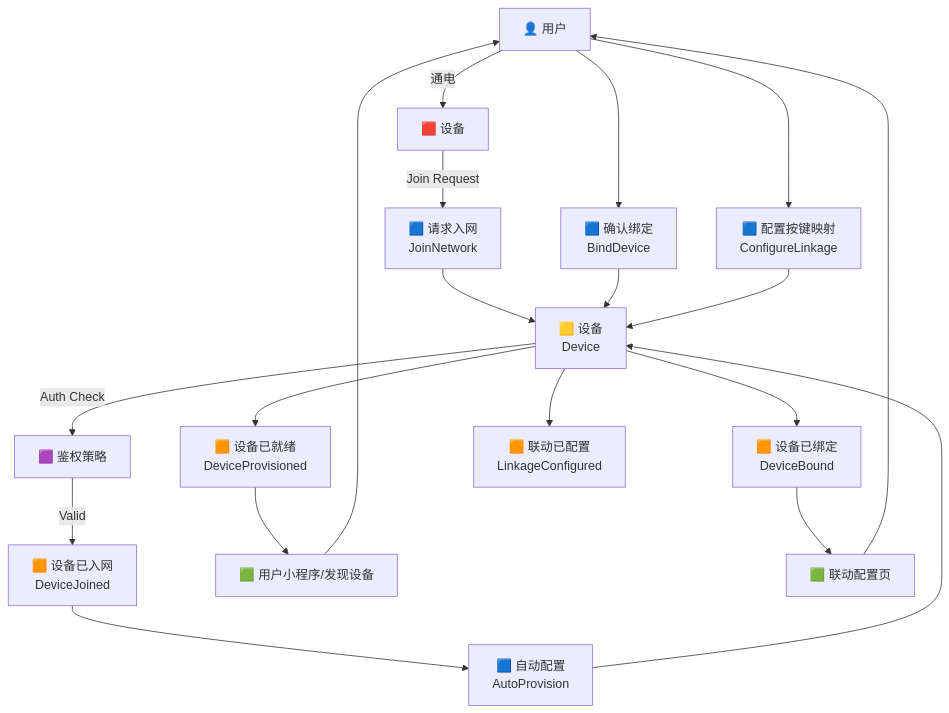
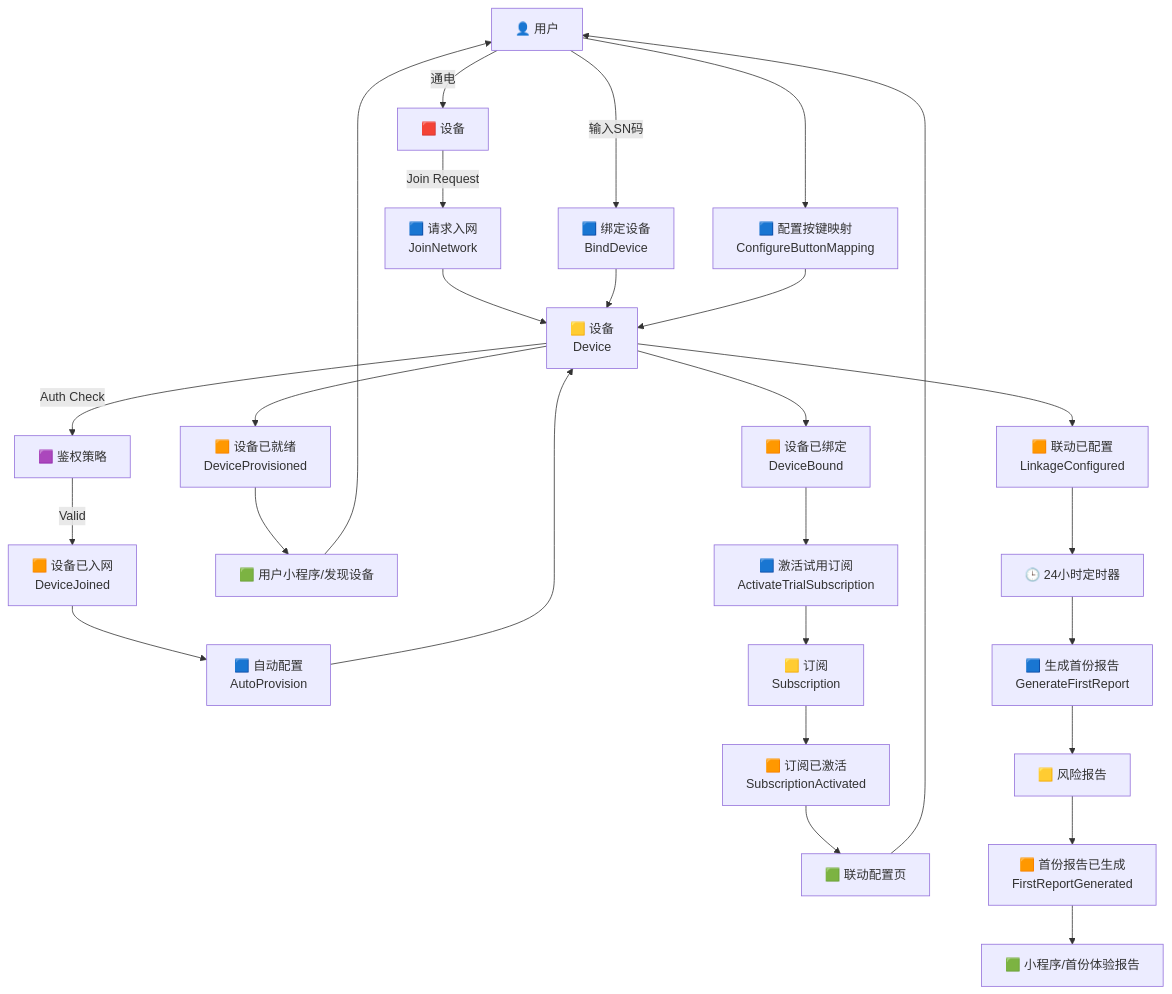
The fifth of 6 diagrams in .trae/MVP/防霉管控MVP/D3/DDD-TAC-SmartMoldGuard-20251209-v2.0-01-ESP.md (aime4eve/lite-webviewer), drawn with Mermaid before and after one commit. The commit also changed other lines of this file and 43 other files, not shown here.

````diff
--- a/.trae/MVP/防霉管控MVP/D3/DDD-TAC-SmartMoldGuard-20251209-v2.0-01-ESP.md
+++ b/.trae/MVP/防霉管控MVP/D3/DDD-TAC-SmartMoldGuard-20251209-v2.0-01-ESP.md
@@ -209,31 +209,42 @@
 ```mermaid
 graph TD
     %% Trigger
     Actor_User["👤 用户"] -->|通电| Ext_Device["🟥 设备"]
     Ext_Device -->|Join Request| Cmd_Join["🟦 请求入网<br>JoinNetwork"]
     
     %% IoT Platform
     Cmd_Join --> Agg_Device["🟨 设备<br>Device"]
     Agg_Device -->|Auth Check| Pol_Auth["🟪 鉴权策略"]
     Pol_Auth -->|Valid| Evt_Joined["🟧 设备已入网<br>DeviceJoined"]
     
     %% Provisioning
     Evt_Joined --> Cmd_Prov["🟦 自动配置<br>AutoProvision"]
     Cmd_Prov --> Agg_Device
     Agg_Device --> Evt_Ready["🟧 设备已就绪<br>DeviceProvisioned"]
     
-    %% Notification
+    %% Binding & Subscription
     Evt_Ready --> View_App["🟩 用户小程序/发现设备"]
     View_App --> Actor_User
-    Actor_User --> Cmd_Bind["🟦 确认绑定<br>BindDevice"]
+    Actor_User -->|输入SN码| Cmd_Bind["🟦 绑定设备<br>BindDevice"]
     Cmd_Bind --> Agg_Device
     Agg_Device --> Evt_Bound["🟧 设备已绑定<br>DeviceBound"]
+
+    Evt_Bound --> Cmd_ActivateSub["🟦 激活试用订阅<br>ActivateTrialSubscription"]
+    Cmd_ActivateSub --> Agg_Sub["🟨 订阅<br>Subscription"]
+    Agg_Sub --> Evt_SubActive["🟧 订阅已激活<br>SubscriptionActivated"]
     
     %% Linkage Config
-    Evt_Bound --> View_Config["🟩 联动配置页"]
+    Evt_SubActive --> View_Config["🟩 联动配置页"]
     View_Config --> Actor_User
-    Actor_User --> Cmd_Config["🟦 配置按键映射<br>ConfigureLinkage"]
+    Actor_User --> Cmd_Config["🟦 配置按键映射<br>ConfigureButtonMapping"]
     Cmd_Config --> Agg_Device
     Agg_Device --> Evt_Configured["🟧 联动已配置<br>LinkageConfigured"]
 
+    %% First Value
+    Evt_Configured --> Timer_24h["🕒 24小时定时器"]
+    Timer_24h --> Cmd_GenFirstReport["🟦 生成首份报告<br>GenerateFirstReport"]
+    Cmd_GenFirstReport --> Agg_Report["🟨 风险报告"]
+    Agg_Report --> Evt_ReportReady["🟧 首份报告已生成<br>FirstReportGenerated"]
+    Evt_ReportReady --> View_Report["🟩 小程序/首份体验报告"]
+
 ```
````
